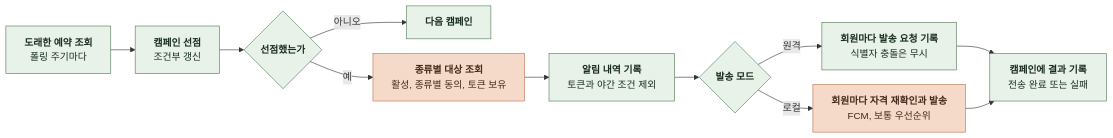
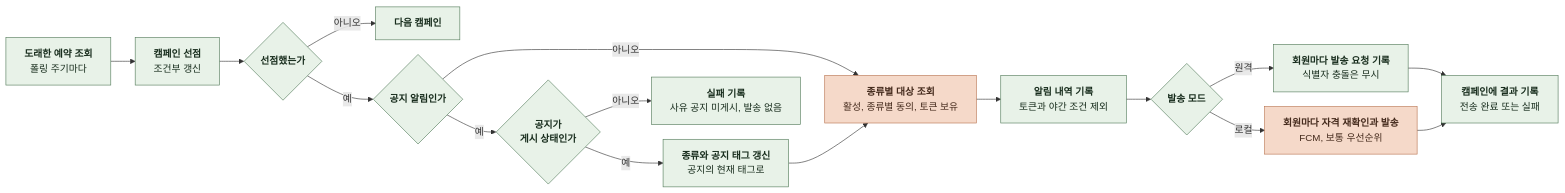
The eighth of 20 diagrams in docs/domain/NOTIFICATION/BACKEND/4-1-PIPELINES.md (KIM-N-KANG/knk-harness), drawn with Mermaid before and after one commit. The commit also changed other lines of this file and 35 other files, not shown here.

````diff
--- a/docs/domain/NOTIFICATION/BACKEND/4-1-PIPELINES.md
+++ b/docs/domain/NOTIFICATION/BACKEND/4-1-PIPELINES.md
@@ -244,25 +244,33 @@
 ```mermaid
 %%{init: {"flowchart": {"curve": "basis", "nodeSpacing": 24, "rankSpacing": 40}}}%%
 flowchart LR
     A["`**도래한 예약 조회**
 폴링 주기마다`"] --> B["`**캠페인 선점**
 조건부 갱신`"]
     B --> C{"`**선점했는가**`"}
     C -->|아니오| X["`**다음 캠페인**`"]
-    C -->|예| D["`**종류별 대상 조회**
+    C -->|예| P{"`**공지 알림인가**`"}
+    P -->|아니오| D["`**종류별 대상 조회**
 활성, 종류별 동의, 토큰 보유`"]
+    P -->|예| Q{"`**공지가
+게시 상태인가**`"}
+    Q -->|아니오| Z["`**실패 기록**
+사유 공지 미게시, 발송 없음`"]
+    Q -->|예| K["`**종류와 공지 태그 갱신**
+공지의 현재 태그로`"]
+    K --> D
     D --> N["`**알림 내역 기록**
 토큰과 야간 조건 제외`"]
     N --> E{"`**발송 모드**`"}
     E -->|원격| F["`**회원마다 발송 요청 기록**
 식별자 충돌은 무시`"]
     E -->|로컬| H["`**회원마다 자격 재확인과 발송**
 FCM, 보통 우선순위`"]
     F --> G["`**캠페인에 결과 기록**
 전송 완료 또는 실패`"]
     H --> G
     classDef comp fill:#E8F2E8,stroke:#527A59,color:#182D1D
     classDef task fill:#F5D9C9,stroke:#B97450,color:#452B1D
-    class A,B,C,E,F,G,N,X comp
+    class A,B,C,E,F,G,K,N,P,Q,X,Z comp
     class D,H task
 ```
````
